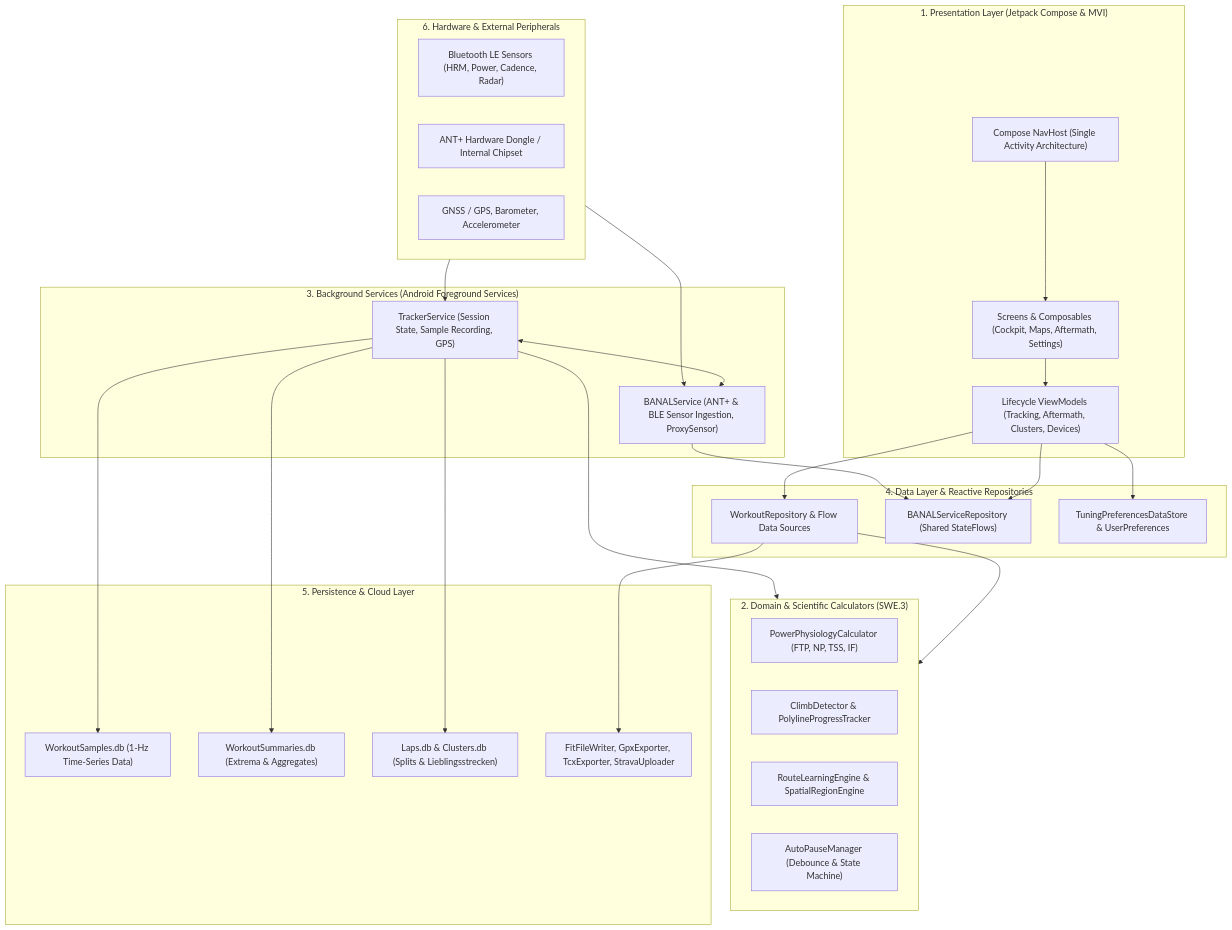
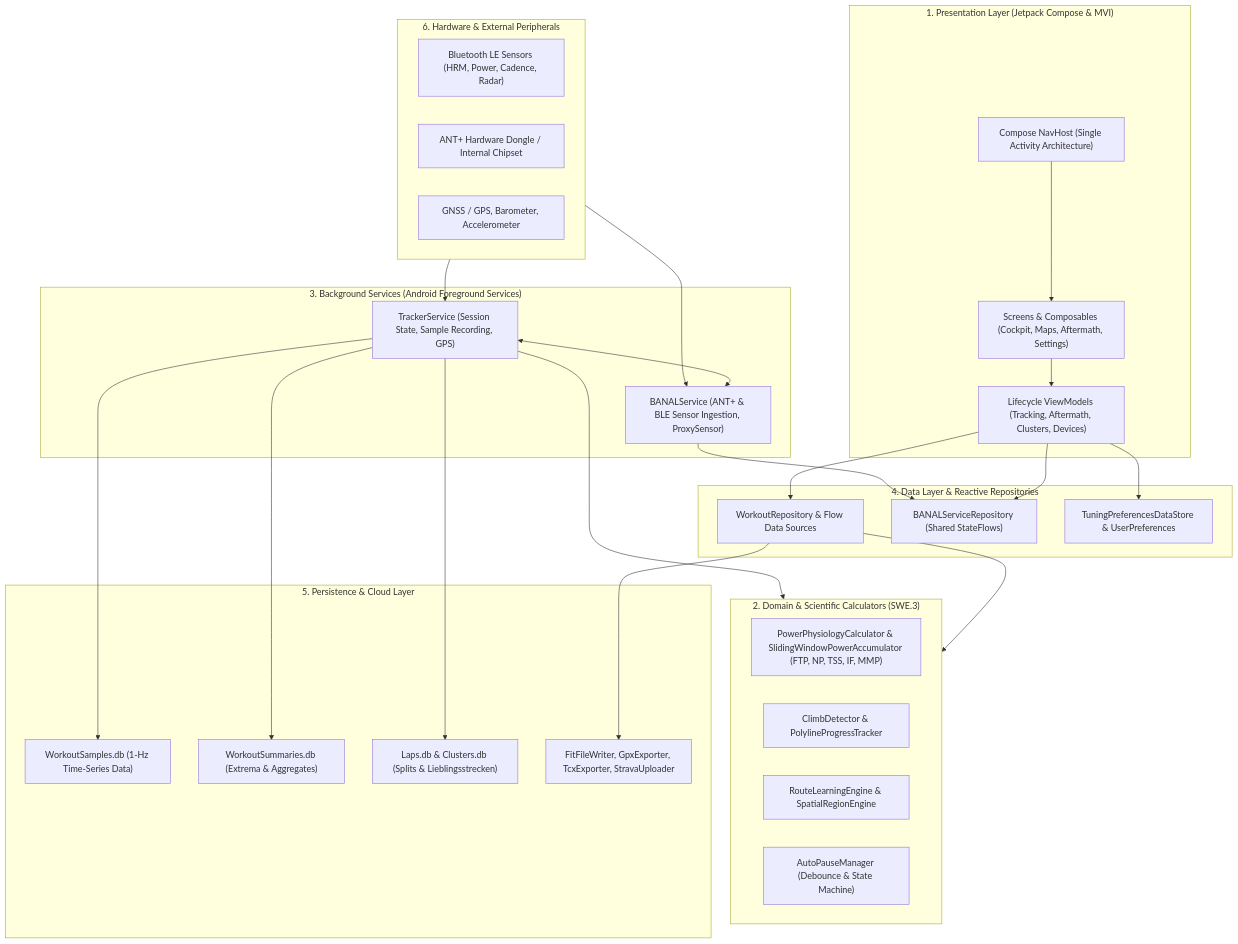
Before and after one commit to rainerblind/aTrainingTracker: the first of 4 diagrams in docs/architecture.md, drawn with Mermaid. The commit also changed other lines of this file and 26 other files, not shown here.

Commit message:
ATT-1298: [Feature] [Cockpit] Live Mean Maximal Power (MMP) curve chart and rolling/peak duration metrics (5s, 1m, 5m, 20m)

````diff
--- a/docs/architecture.md
+++ b/docs/architecture.md
@@ -11,59 +11,59 @@
 ```mermaid
 graph TD
     subgraph UI_Layer["1. Presentation Layer (Jetpack Compose & MVI)"]
         NavHost["Compose NavHost (Single Activity Architecture)"]
         Screens["Screens & Composables (Cockpit, Maps, Aftermath, Settings)"]
         ViewModels["Lifecycle ViewModels (Tracking, Aftermath, Clusters, Devices)"]
     end
 
     subgraph Domain_Layer["2. Domain & Scientific Calculators (SWE.3)"]
-        Physiology["PowerPhysiologyCalculator (FTP, NP, TSS, IF)"]
+        Physiology["PowerPhysiologyCalculator & SlidingWindowPowerAccumulator (FTP, NP, TSS, IF, MMP)"]
         Climbs["ClimbDetector & PolylineProgressTracker"]
         Clusters["RouteLearningEngine & SpatialRegionEngine"]
         AutoPause["AutoPauseManager (Debounce & State Machine)"]
     end
 
     subgraph Service_Layer["3. Background Services (Android Foreground Services)"]
         TrackerService["TrackerService (Session State, Sample Recording, GPS)"]
         BANALService["BANALService (ANT+ & BLE Sensor Ingestion, ProxySensor)"]
     end
 
     subgraph Data_Layer["4. Data Layer & Reactive Repositories"]
         WorkoutRepo["WorkoutRepository & Flow Data Sources"]
         BANALRepo["BANALServiceRepository (Shared StateFlows)"]
         SettingsRepo["TuningPreferencesDataStore & UserPreferences"]
     end
 
     subgraph Persistence_Layer["5. Persistence & Cloud Layer"]
         SamplesDB["WorkoutSamples.db (1-Hz Time-Series Data)"]
         SummariesDB["WorkoutSummaries.db (Extrema & Aggregates)"]
         LapsDB["Laps.db & Clusters.db (Splits & Lieblingsstrecken)"]
         Exporters["FitFileWriter, GpxExporter, TcxExporter, StravaUploader"]
     end
 
     subgraph Hardware_Layer["6. Hardware & External Peripherals"]
         BLE["Bluetooth LE Sensors (HRM, Power, Cadence, Radar)"]
         ANT["ANT+ Hardware Dongle / Internal Chipset"]
         Sensors["GNSS / GPS, Barometer, Accelerometer"]
     end
 
     NavHost --> Screens
     Screens --> ViewModels
     ViewModels --> WorkoutRepo
     ViewModels --> BANALRepo
     ViewModels --> SettingsRepo
 
     WorkoutRepo --> Domain_Layer
     TrackerService --> Domain_Layer
     TrackerService --> SamplesDB
     TrackerService --> SummariesDB
     TrackerService --> LapsDB
 
     BANALService --> BANALRepo
     TrackerService <--> BANALService
 
     Hardware_Layer --> BANALService
     Hardware_Layer --> TrackerService
 
     WorkoutRepo --> Exporters
 ```
````
